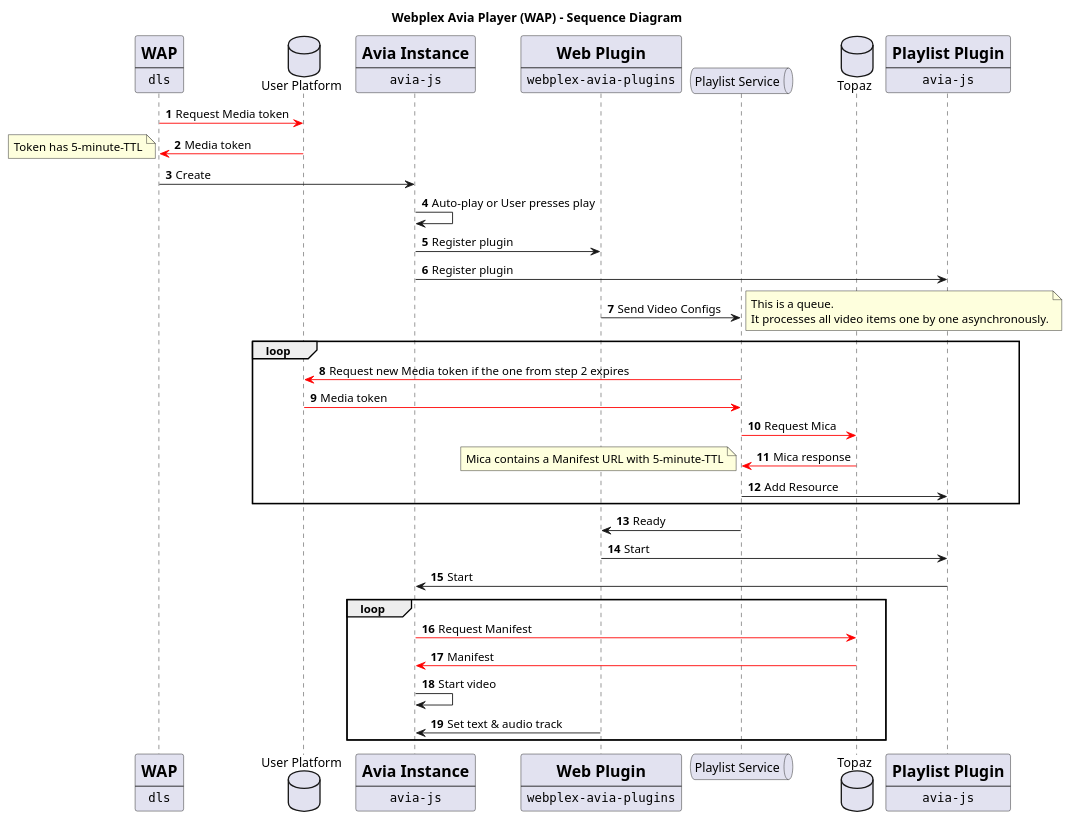
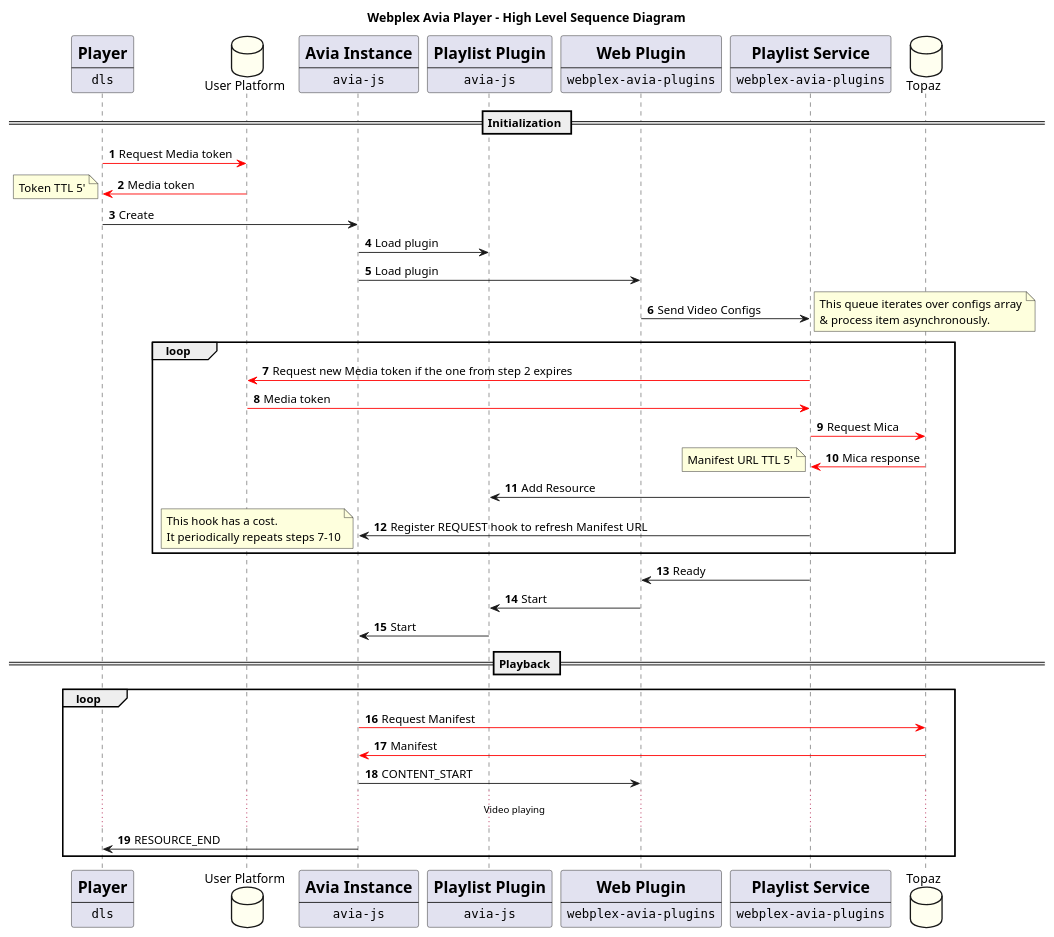
The diagram in diagrams/playlistSequenceDiagram.puml (nathanquach/poc-avia-playlist), drawn with PlantUML before and after one commit. The commit also changed 3 other files, not shown here.

```diff
--- a/diagrams/playlistSequenceDiagram.puml
+++ b/diagrams/playlistSequenceDiagram.puml
@@ -1,69 +1,79 @@
 @startuml
-title Webplex Avia Player (WAP) - Sequence Diagram
-
-participant ReactPlayer [
-  =WAP
-  ----
-  ""dls""
-]
-database "User Platform" as UserPlatform
-participant Avia [
-  =Avia Instance
-  ----
-  ""avia-js""
-]
-participant WebPlugin [
-  =Web Plugin
-  ----
-  ""webplex-avia-plugins""
-]
-queue "Playlist Service" as PlaylistService
-database Topaz
-participant PlaylistPlugin [
-  =Playlist Plugin
-  ----
-  ""avia-js""
-]
 
 autonumber
 
-ReactPlayer -[#red]> UserPlatform: Request Media token
-UserPlatform -[#red]> ReactPlayer: Media token
-note left
-  Token has 5-minute-TTL
-end note
-ReactPlayer -> Avia: Create
+title Webplex Avia Player - High Level Sequence Diagram
 
-Avia -> Avia: Auto-play or User presses play
-Avia -> WebPlugin: Register plugin
-Avia -> PlaylistPlugin: Register plugin
+participant Player [
+=Player
+----
+""dls""
+]
+database "User Platform" as UserPlatform #Ivory
+participant Avia [
+=Avia Instance
+----
+""avia-js""
+]
+participant PlaylistPlugin [
+=Playlist Plugin
+----
+""avia-js""
+]
+participant WebPlugin [
+=Web Plugin
+----
+""webplex-avia-plugins""
+]
+participant PlaylistService [
+=Playlist Service
+----
+""webplex-avia-plugins""
+]
+database Topaz #Ivory
+
+== Initialization ==
+
+Player -[#red]> UserPlatform: Request Media token
+UserPlatform -[#red]> Player: Media token
+note left: Token TTL 5'
+Player -> Avia: Create
+
+Avia -> PlaylistPlugin: Load plugin
+Avia -> WebPlugin: Load plugin
 
 WebPlugin -> PlaylistService: Send Video Configs
 note right
-  This is a queue.
-  It processes all video items one by one asynchronously.
+  This queue iterates over configs array
+  & process item asynchronously.
 end note
 
 loop
   PlaylistService -[#red]> UserPlatform: Request new Media token if the one from step 2 expires
   UserPlatform -[#red]> PlaylistService: Media token
   PlaylistService -[#red]> Topaz: Request Mica
   Topaz -[#red]> PlaylistService: Mica response
+  note left: Manifest URL TTL 5'
+  PlaylistService -> PlaylistPlugin: Add Resource
+  PlaylistService -> Avia: Register REQUEST hook to refresh Manifest URL
   note left
-    Mica contains a Manifest URL with 5-minute-TTL
+    This hook has a cost.
+    It periodically repeats steps 7-10
   end note
-  PlaylistService -> PlaylistPlugin: Add Resource
 end
 
 PlaylistService -> WebPlugin: Ready
 WebPlugin -> PlaylistPlugin: Start
 PlaylistPlugin -> Avia: Start
 
+== Playback ==
+
 loop
   Avia -[#red]> Topaz: Request Manifest
   Topaz -[#red]> Avia: Manifest
-  Avia -> Avia: Start video
-  WebPlugin -> Avia: Set text & audio track
+  Avia -> WebPlugin: CONTENT_START
+  ...Video playing...
+  Avia -> Player: RESOURCE_END
 end
 
 @enduml
```
